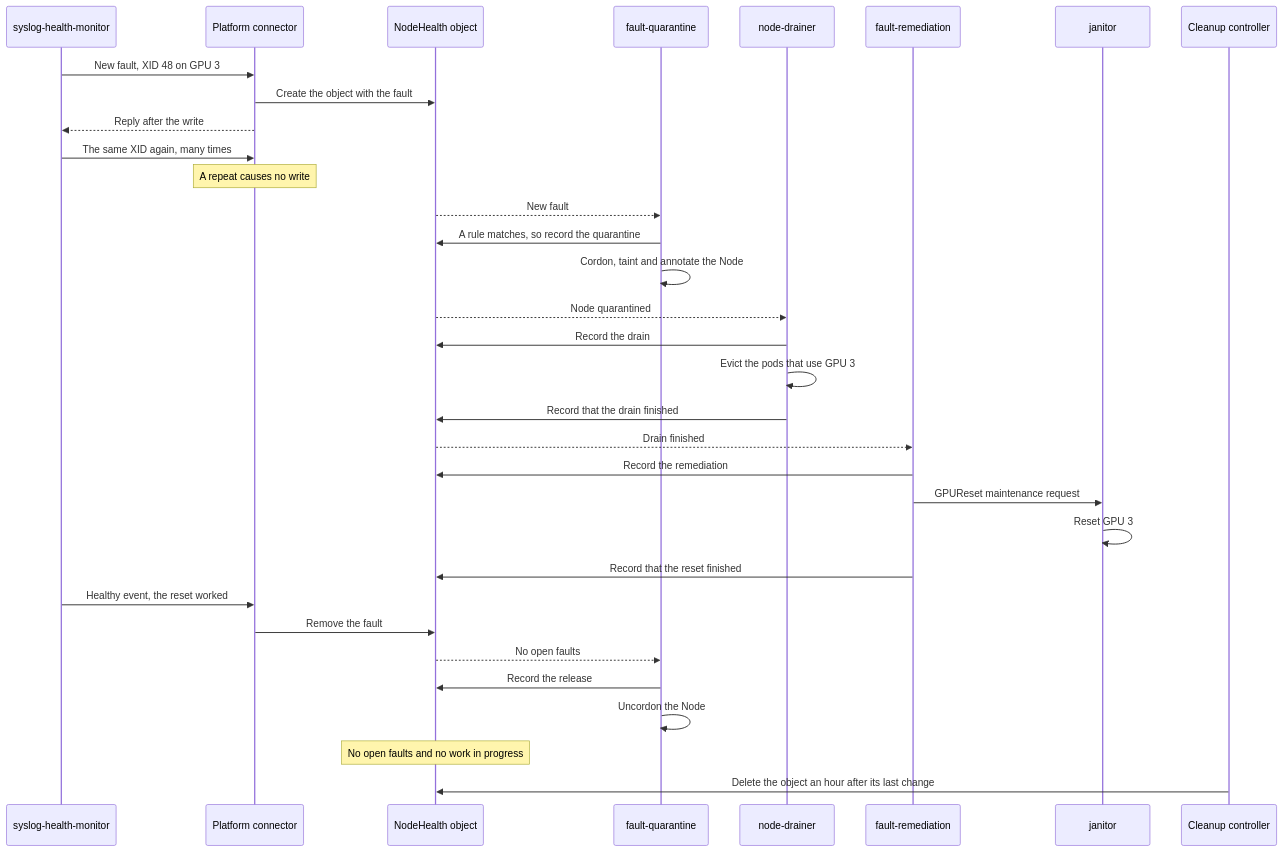
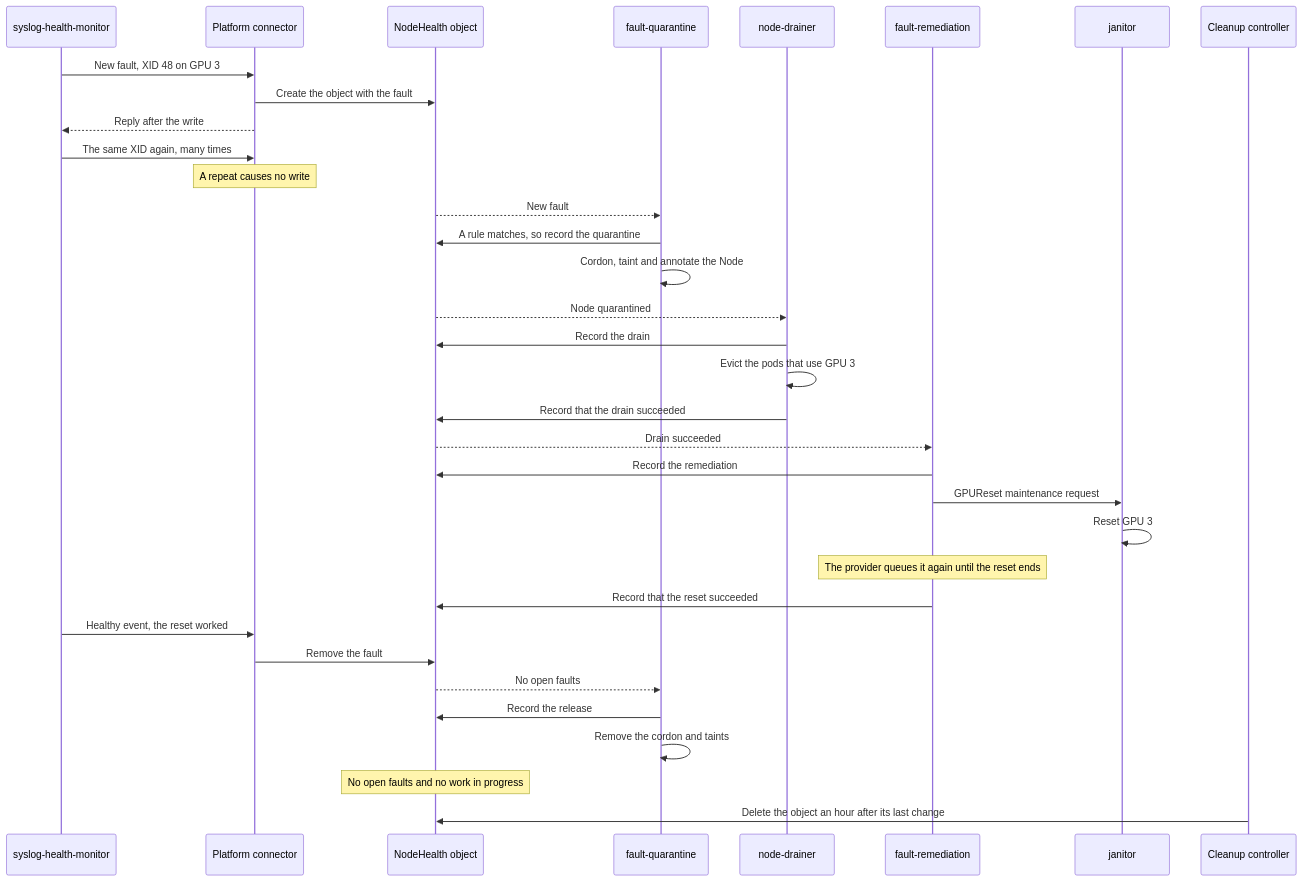
The second of 2 diagrams in docs/designs/066-nodehealth-remediation-without-a-database.md (KaivalyaMDabhadkar/NVSentinel), drawn with Mermaid before and after one commit. The commit also changed other lines of this file, not shown here.

````diff
--- a/docs/designs/066-nodehealth-remediation-without-a-database.md
+++ b/docs/designs/066-nodehealth-remediation-without-a-database.md
@@ -221,35 +238,36 @@
 ```mermaid
 sequenceDiagram
   participant Mon as syslog-health-monitor
   participant PC as Platform connector
   participant NH as NodeHealth object
   participant FQ as fault-quarantine
   participant ND as node-drainer
   participant FR as fault-remediation
   participant Jan as janitor
   participant TTL as Cleanup controller
   Mon->>PC: New fault, XID 48 on GPU 3
   PC->>NH: Create the object with the fault
   PC-->>Mon: Reply after the write
   Mon->>PC: The same XID again, many times
   Note over PC: A repeat causes no write
   NH-->>FQ: New fault
   FQ->>NH: A rule matches, so record the quarantine
   FQ->>FQ: Cordon, taint and annotate the Node
   NH-->>ND: Node quarantined
   ND->>NH: Record the drain
   ND->>ND: Evict the pods that use GPU 3
-  ND->>NH: Record that the drain finished
-  NH-->>FR: Drain finished
+  ND->>NH: Record that the drain succeeded
+  NH-->>FR: Drain succeeded
   FR->>NH: Record the remediation
   FR->>Jan: GPUReset maintenance request
   Jan->>Jan: Reset GPU 3
-  FR->>NH: Record that the reset finished
+  Note over FR: The provider queues it again until the reset ends
+  FR->>NH: Record that the reset succeeded
   Mon->>PC: Healthy event, the reset worked
   PC->>NH: Remove the fault
   NH-->>FQ: No open faults
   FQ->>NH: Record the release
-  FQ->>FQ: Uncordon the Node
+  FQ->>FQ: Remove the cordon and taints
   Note over NH: No open faults and no work in progress
   TTL->>NH: Delete the object an hour after its last change
 ```
````
